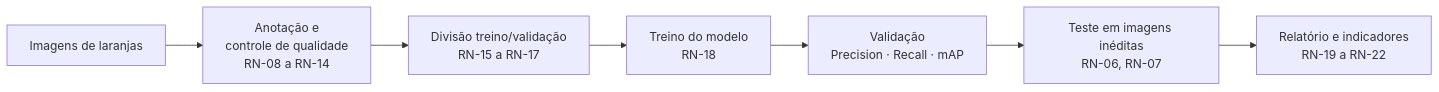
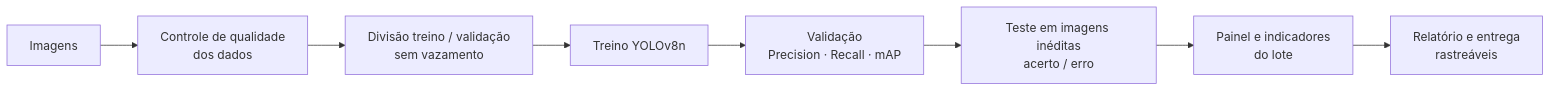
The first of 2 diagrams in README.md (BrunoSilveira100/Citrus-yolo-isnpecion), drawn with Mermaid before and after one commit. The commit also changed other lines of this file and 6 other files, not shown here.

````diff
--- a/README.md
+++ b/README.md
@@ -116,9 +51,10 @@
 ```mermaid
 flowchart LR
-    A[Imagens de laranjas] --> B[Anotação e<br/>controle de qualidade<br/>RN-08 a RN-14]
-    B --> C[Divisão treino/validação<br/>RN-15 a RN-17]
-    C --> D[Treino do modelo<br/>RN-18]
+    A[Imagens] --> B[Controle de qualidade<br/>dos dados]
+    B --> C[Divisão treino / validação<br/>sem vazamento]
+    C --> D[Treino YOLOv8n]
     D --> E[Validação<br/>Precision · Recall · mAP]
-    E --> F[Teste em imagens inéditas<br/>RN-06, RN-07]
-    F --> G[Relatório e indicadores<br/>RN-19 a RN-22]
+    E --> F[Teste em imagens inéditas<br/>acerto / erro]
+    F --> G[Painel e indicadores<br/>do lote]
+    G --> H[Relatório e entrega<br/>rastreáveis]
 ```
````
